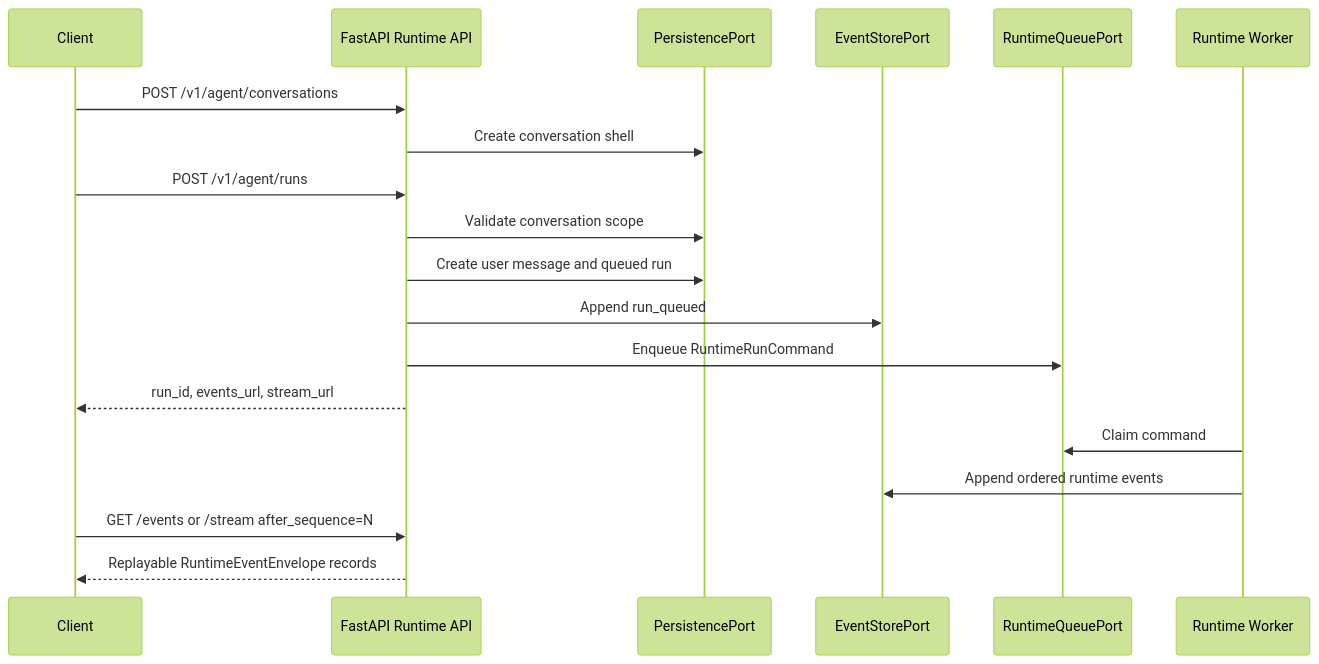
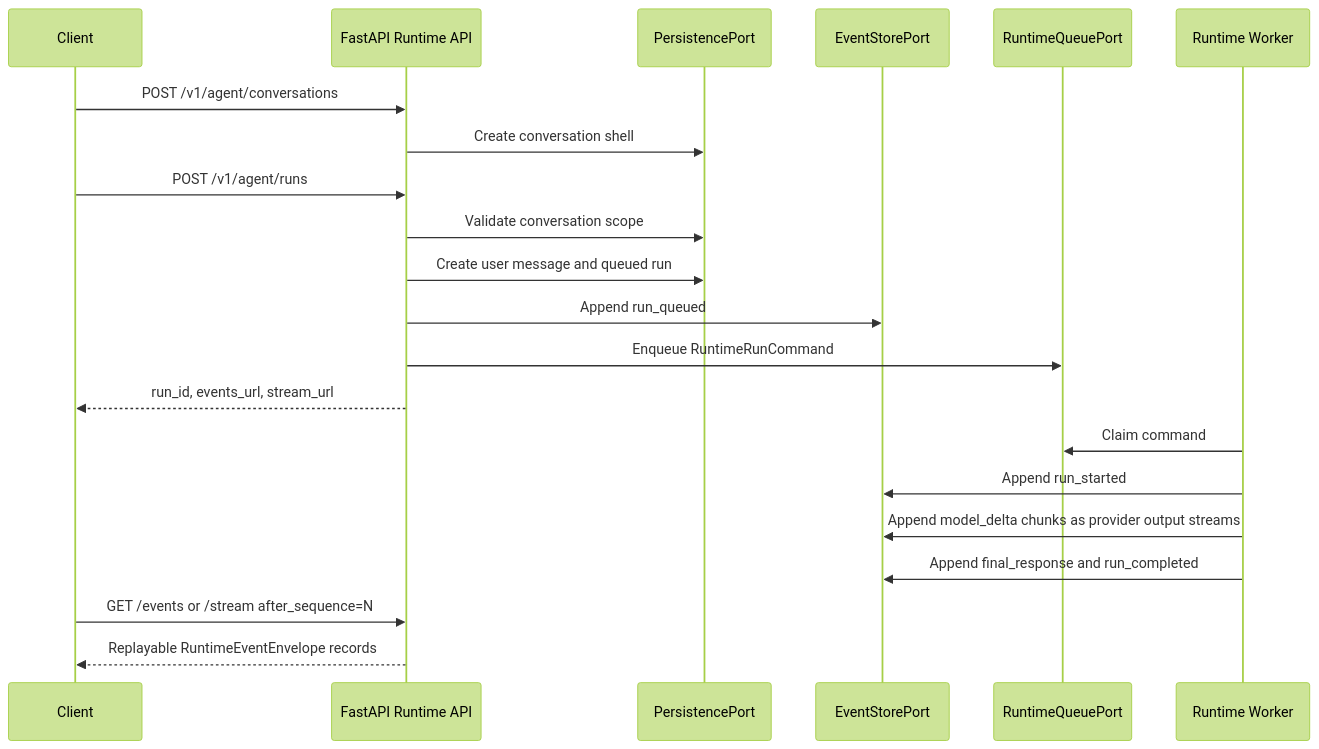
The diagram in services/ai-backend/docs/specs/08-fastapi-runtime-api-spec.md (0x-copilot-dev/0x-copilot), drawn with Mermaid (forest theme) before and after one commit. The commit also changed other lines of this file and 8 other files, not shown here.

````diff
--- a/services/ai-backend/docs/specs/08-fastapi-runtime-api-spec.md
+++ b/services/ai-backend/docs/specs/08-fastapi-runtime-api-spec.md
@@ -41,22 +41,24 @@
 ```mermaid
 sequenceDiagram
   participant Client
   participant API as FastAPI Runtime API
   participant Store as PersistencePort
   participant Events as EventStorePort
   participant Queue as RuntimeQueuePort
   participant Worker as Runtime Worker
 
   Client->>API: POST /v1/agent/conversations
   API->>Store: Create conversation shell
   Client->>API: POST /v1/agent/runs
   API->>Store: Validate conversation scope
   API->>Store: Create user message and queued run
   API->>Events: Append run_queued
   API->>Queue: Enqueue RuntimeRunCommand
   API-->>Client: run_id, events_url, stream_url
   Worker->>Queue: Claim command
-  Worker->>Events: Append ordered runtime events
+  Worker->>Events: Append run_started
+  Worker->>Events: Append model_delta chunks as provider output streams
+  Worker->>Events: Append final_response and run_completed
   Client->>API: GET /events or /stream after_sequence=N
   API-->>Client: Replayable RuntimeEventEnvelope records
 ```
````
